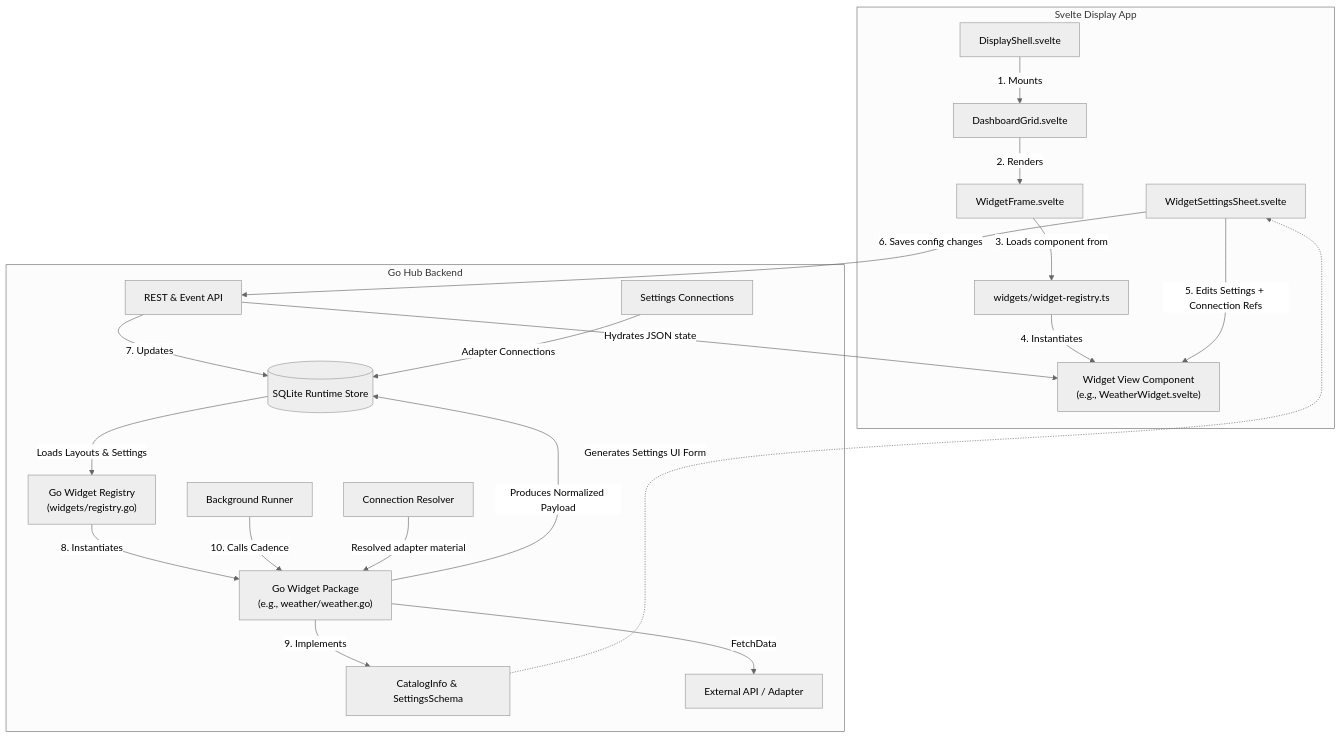
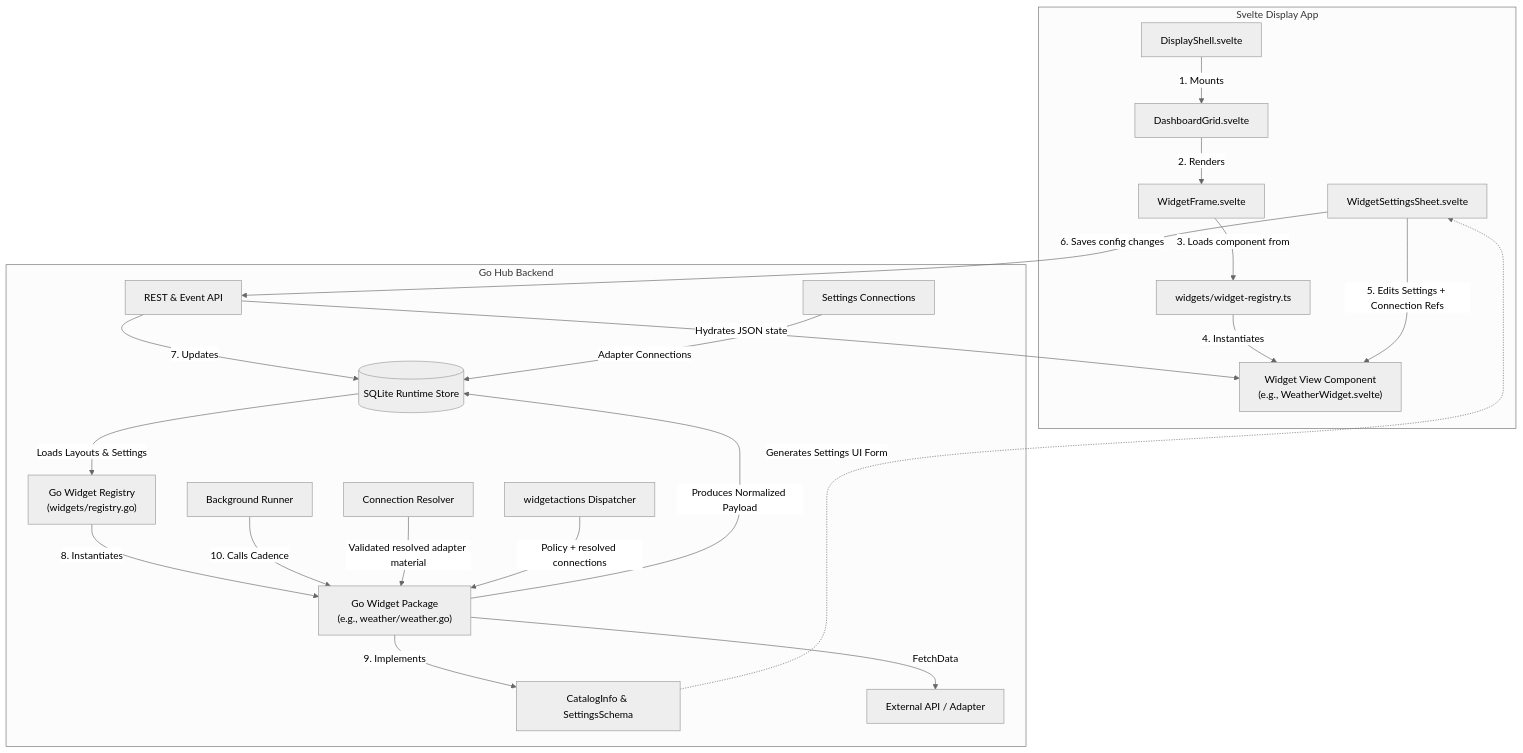
Before and after one commit to juteai/jute-dash: the diagram in docs/architecture/widgets.md, drawn with Mermaid (neutral theme). The commit also changed other lines of this file and 28 other files, not shown here.

Commit message:
feat(widgets): harden connection-aware architecture

````diff
--- a/docs/architecture/widgets.md
+++ b/docs/architecture/widgets.md
@@ -22,28 +22,29 @@
 ```mermaid
 flowchart TD
     subgraph Browser [Svelte Display App]
         Shell[DisplayShell.svelte] -->|1. Mounts| Grid[DashboardGrid.svelte]
         Grid -->|2. Renders| Frame[WidgetFrame.svelte]
         Frame -->|3. Loads component from| Registry[widgets/widget-registry.ts]
         Registry -->|4. Instantiates| SvelteComp["Widget View Component\n(e.g., WeatherWidget.svelte)"]
         ConfigSheet[WidgetSettingsSheet.svelte] -->|5. Edits Settings + Connection Refs| SvelteComp
     end
 
     subgraph Hub [Go Hub Backend]
         API[REST & Event API] -->|Hydrates JSON state| SvelteComp
         ConfigSheet -->|6. Saves config changes| API
         API -->|7. Updates| DB[(SQLite Runtime Store)]
         Connections[Settings Connections] -->|Adapter Connections| DB
 
         DB -->|Loads Layouts & Settings| RegistryGo["Go Widget Registry\n(widgets/registry.go)"]
         RegistryGo -->|8. Instantiates| GoWidget["Go Widget Package\n(e.g., weather/weather.go)"]
 
         GoWidget -->|9. Implements| Catalog["CatalogInfo & SettingsSchema"]
         Catalog -.->|Generates Settings UI Form| ConfigSheet
 
         Scheduler[Background Runner] -->|10. Calls Cadence| GoWidget
-        Resolver[Connection Resolver] -->|Resolved adapter material| GoWidget
+        Resolver[Connection Resolver] -->|Validated resolved adapter material| GoWidget
+        ActionDispatcher[widgetactions Dispatcher] -->|Policy + resolved connections| GoWidget
         GoWidget -->|FetchData| ExtData["External API / Adapter"]
         GoWidget -->|Produces Normalized Payload| DB
     end
 ```
````
